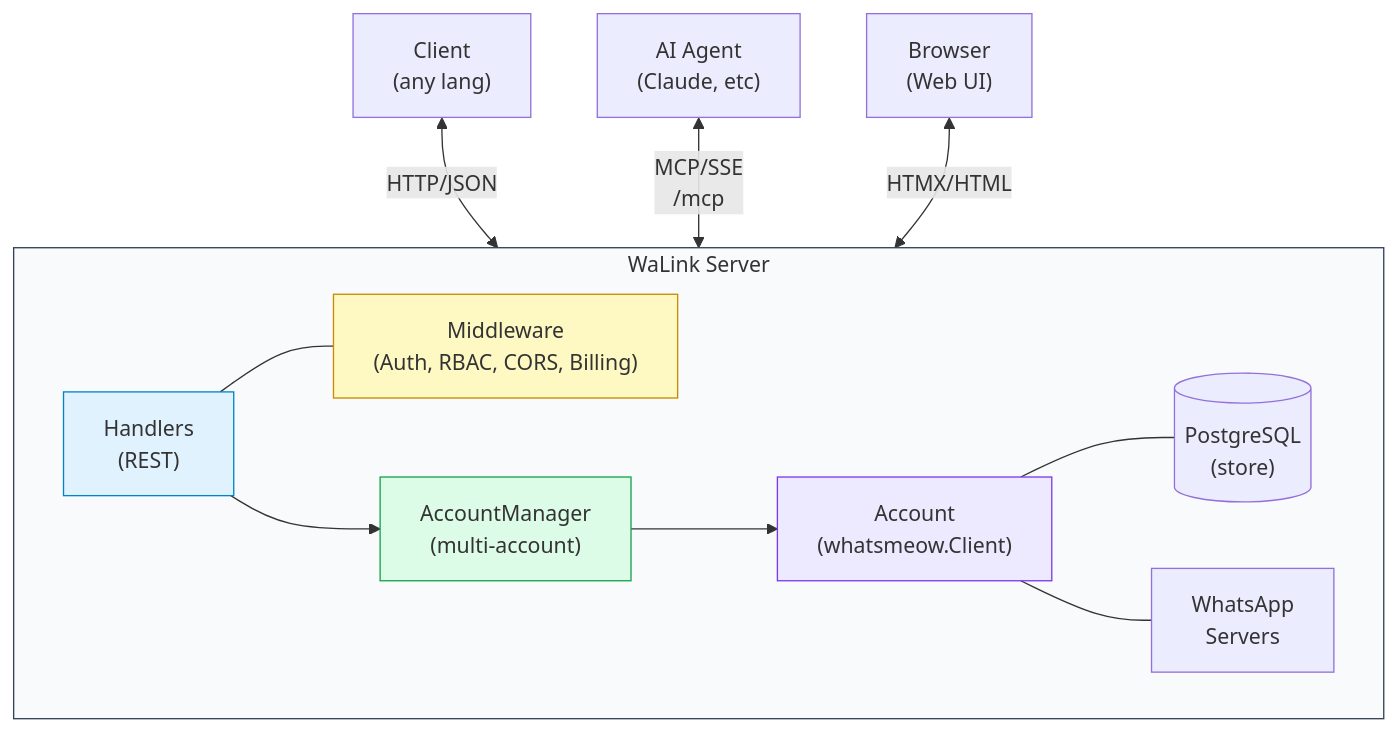
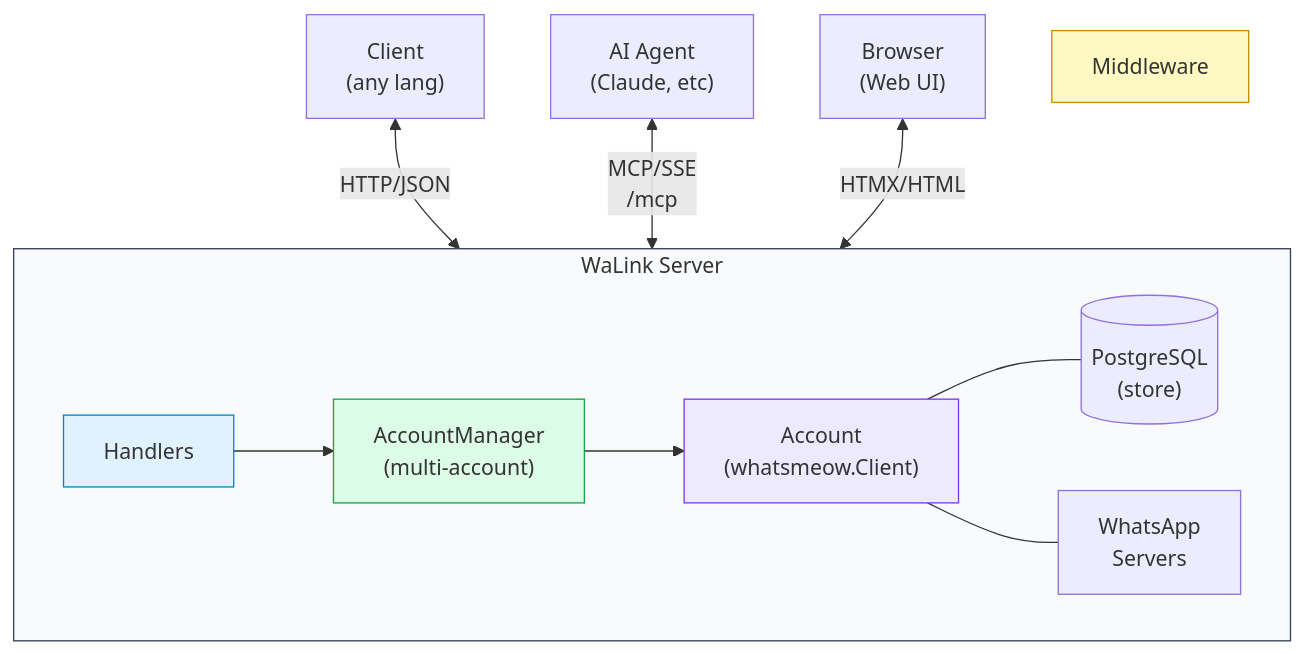
Before and after one commit to devstroop/WaLink: the first of 4 diagrams in docs/architecture.md, drawn with Mermaid. The commit also changed other lines of this file and 36 other files, not shown here.

````diff
--- a/docs/architecture.md
+++ b/docs/architecture.md
@@ -7,20 +7,19 @@
 ```mermaid
 flowchart TB
     Client["Client<br/>(any lang)"] <-->|HTTP/JSON| Server
     Agent["AI Agent<br/>(Claude, etc)"] <-->|MCP/SSE<br/>/mcp| Server
     Browser["Browser<br/>(Web UI)"] <-->|HTMX/HTML| Server
 
     subgraph Server["WaLink Server"]
-        Handlers["Handlers<br/>(REST)"] --- Middleware["Middleware<br/>(Auth, RBAC, CORS, Billing)"]
         Handlers --> AccountManager["AccountManager<br/>(multi-account)"]
         AccountManager --> Account["Account<br/>(whatsmeow.Client)"]
         Account --- PG[("PostgreSQL<br/>(store)")]
         Account --- WA["WhatsApp<br/>Servers"]
     end
 
     style Server fill:#f8fafc,stroke:#334155
     style Handlers fill:#e0f2fe,stroke:#0284c7
     style Middleware fill:#fef9c3,stroke:#ca8a04
     style AccountManager fill:#dcfce7,stroke:#16a34a
     style Account fill:#ede9fe,stroke:#7c3aed
 ```
````
